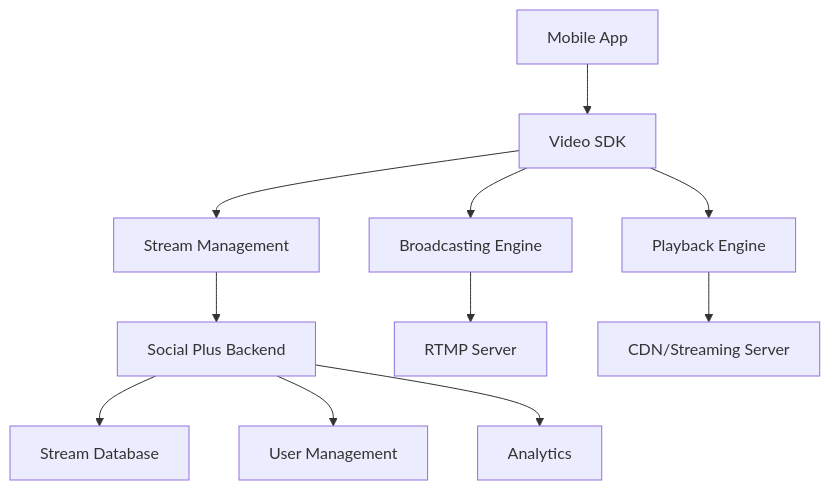
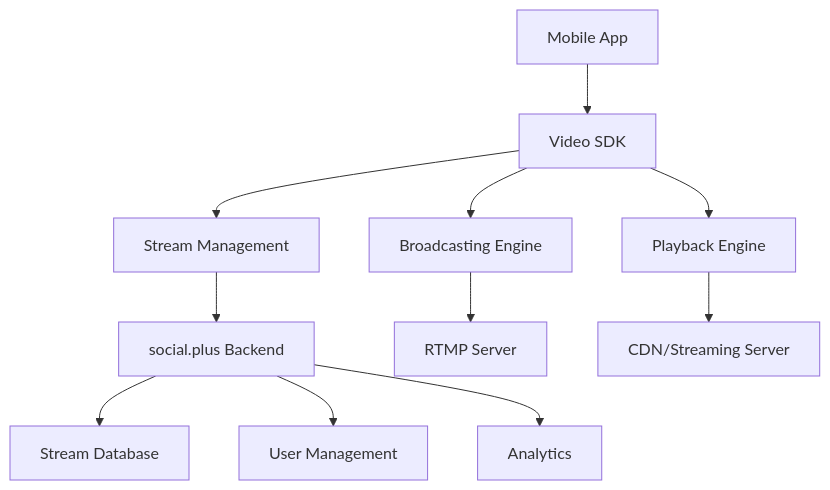
One commit to AmityCo/social-plus-docs changed the diagram in social-plus-sdk/video-new/core-concepts/overview.mdx. Above: the diagram before and after it, drawn with Mermaid. The commit also changed other lines of this file and 226 other files, not shown here.

Commit message:
feat: rebrand to social.plus

````diff
--- a/social-plus-sdk/video-new/core-concepts/overview.mdx
+++ b/social-plus-sdk/video-new/core-concepts/overview.mdx
@@ -52,15 +52,15 @@
 ```mermaid
 graph TB
     A[Mobile App] --> B[Video SDK]
     B --> C[Stream Management]
     B --> D[Broadcasting Engine]
     B --> E[Playback Engine]
     
-    C --> F[Social Plus Backend]
+    C --> F[social.plus Backend]
     D --> G[RTMP Server]
     E --> H[CDN/Streaming Server]
     
     F --> I[Stream Database]
     F --> J[User Management]
     F --> K[Analytics]
 ```
````
